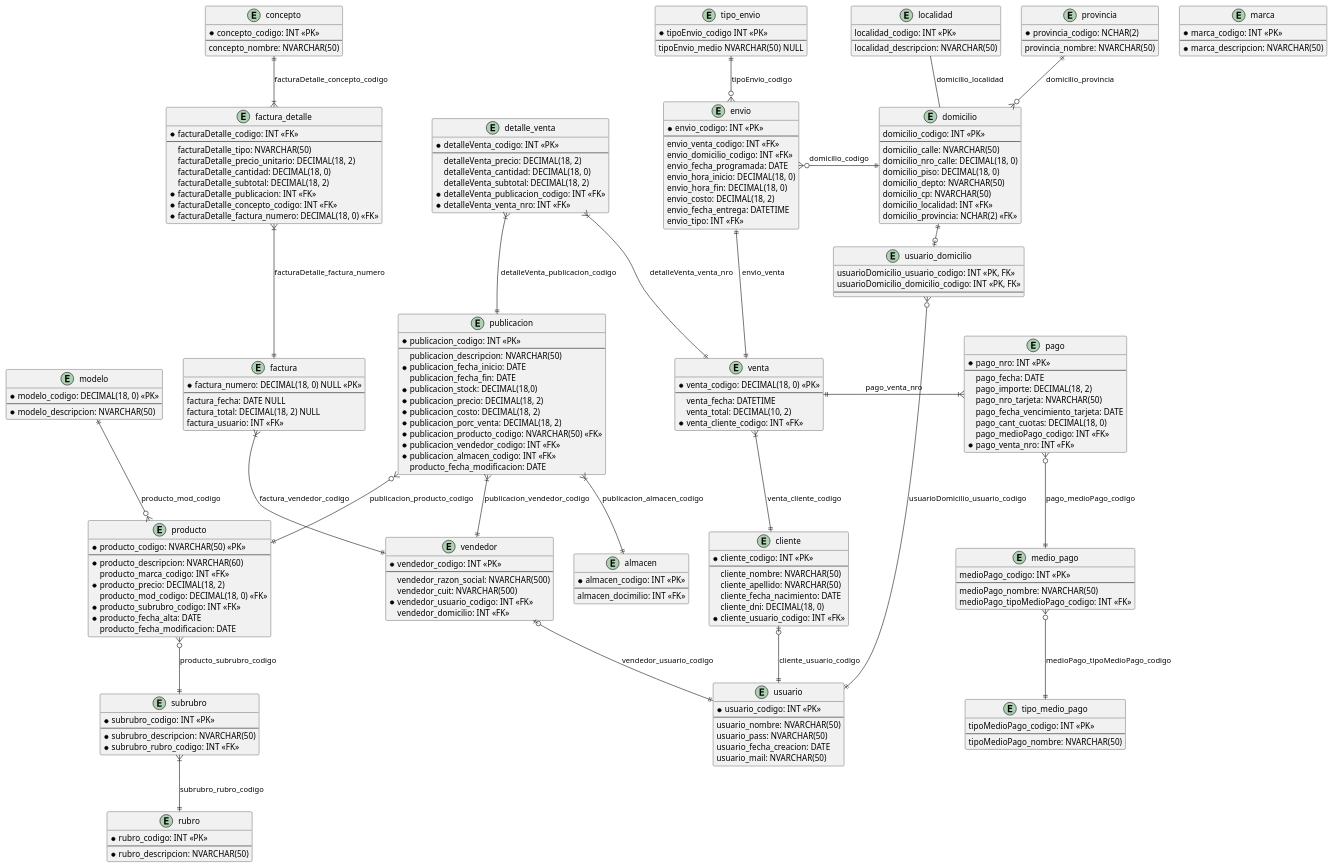
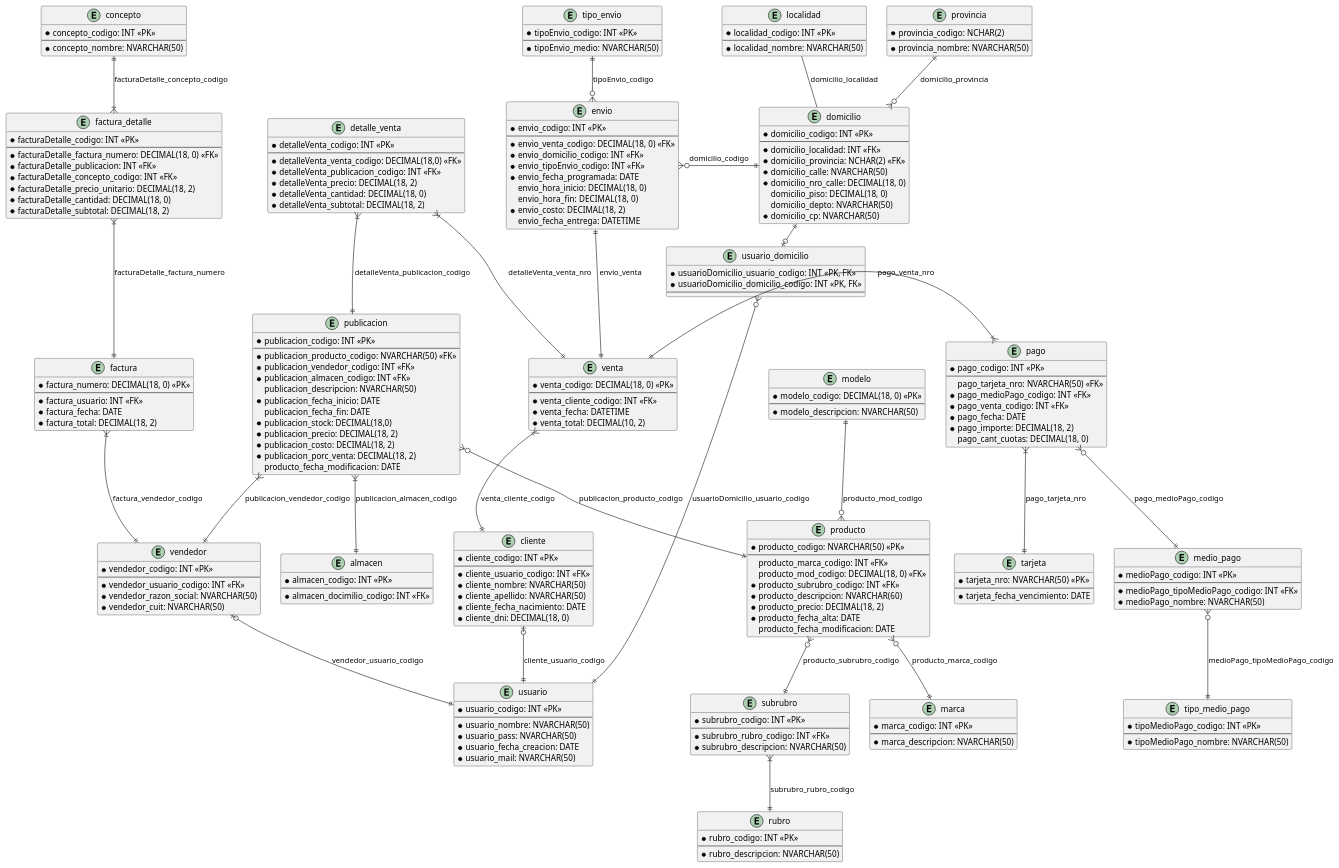
One commit to eitan-wajsberg/tp-gdd-2024-2C changed the diagram in diagramas/diagrama-entidad-relacion-inicial.puml. Above: the diagram before and after it, drawn with PlantUML.

Commit message:
diagrama: segunda iteración parte dos

```diff
--- a/diagramas/diagrama-entidad-relacion-inicial.puml
+++ b/diagramas/diagrama-entidad-relacion-inicial.puml
@@ -3,6 +3,9 @@
 entity "publicacion" {
   * publicacion_codigo: INT <<PK>>
   --
+    * publicacion_producto_codigo: NVARCHAR(50) <<FK>>
+    * publicacion_vendedor_codigo: INT <<FK>>
+    * publicacion_almacen_codigo: INT <<FK>>
     publicacion_descripcion: NVARCHAR(50)
     ' publicacion_fecha_alta: DATE | Preguntar!!!
     * publicacion_fecha_inicio: DATE
@@ -11,20 +14,17 @@
     * publicacion_precio: DECIMAL(18, 2)
     * publicacion_costo: DECIMAL(18, 2)
     * publicacion_porc_venta: DECIMAL(18, 2)
-    * publicacion_producto_codigo: NVARCHAR(50) <<FK>>
-    * publicacion_vendedor_codigo: INT <<FK>>
-    * publicacion_almacen_codigo: INT <<FK>>
     producto_fecha_modificacion: DATE
 }
 
 entity "producto" {
   * producto_codigo: NVARCHAR(50) <<PK>>
   --
-    * producto_descripcion: NVARCHAR(60)
     producto_marca_codigo: INT <<FK>>
-    * producto_precio: DECIMAL(18, 2)
     producto_mod_codigo: DECIMAL(18, 0) <<FK>>
     * producto_subrubro_codigo: INT <<FK>>
+    * producto_descripcion: NVARCHAR(60)
+    * producto_precio: DECIMAL(18, 2)
     * producto_fecha_alta: DATE
     producto_fecha_modificacion: DATE
 }
@@ -44,8 +44,8 @@
 entity "subrubro" {
   * subrubro_codigo: INT <<PK>>
   --
+    * subrubro_rubro_codigo: INT <<FK>>
     * subrubro_descripcion: NVARCHAR(50)
-    * subrubro_rubro_codigo: INT <<FK>>
 }
 
 entity "rubro" {
@@ -57,154 +57,159 @@
 entity "vendedor" {
   * vendedor_codigo: INT <<PK>>
   --
-    vendedor_razon_social: NVARCHAR(500)
-    vendedor_cuit: NVARCHAR(500)
     * vendedor_usuario_codigo: INT <<FK>>
-    vendedor_domicilio: INT <<FK>>  
+    * vendedor_razon_social: NVARCHAR(50) 
+    * vendedor_cuit: NVARCHAR(50)
 }
 
 entity "almacen" {
   * almacen_codigo: INT <<PK>>
   --
-    almacen_docimilio: INT <<FK>>
+    * almacen_docimilio_codigo: INT <<FK>>
 }
 
 entity "venta" {
   * venta_codigo: DECIMAL(18, 0) <<PK>>
   --
-    venta_fecha: DATETIME
-    venta_total: DECIMAL(10, 2)
     * venta_cliente_codigo: INT <<FK>>
+    * venta_fecha: DATETIME
+    * venta_total: DECIMAL(10, 2)
 }
 
 entity "detalle_venta" {
   * detalleVenta_codigo: INT <<PK>>
   --
-    detalleVenta_precio: DECIMAL(18, 2)
-    detalleVenta_cantidad: DECIMAL(18, 0)
-    detalleVenta_subtotal: DECIMAL(18, 2)
+    * detalleVenta_venta_codigo: DECIMAL(18,0) <<FK>>
     * detalleVenta_publicacion_codigo: INT <<FK>>
-    * detalleVenta_venta_nro: INT <<FK>>
+    * detalleVenta_precio: DECIMAL(18, 2)
+    * detalleVenta_cantidad: DECIMAL(18, 0)
+    * detalleVenta_subtotal: DECIMAL(18, 2)
 }
 
 entity "cliente" {
   * cliente_codigo: INT <<PK>>
   --
-    cliente_nombre: NVARCHAR(50)
-    cliente_apellido: NVARCHAR(50)
-    cliente_fecha_nacimiento: DATE
-    cliente_dni: DECIMAL(18, 0)
     * cliente_usuario_codigo: INT <<FK>> 
+    * cliente_nombre: NVARCHAR(50)
+    * cliente_apellido: NVARCHAR(50)
+    * cliente_fecha_nacimiento: DATE
+    * cliente_dni: DECIMAL(18, 0)
 }
 
 entity "pago" {
-  * pago_nro: INT <<PK>>
+  * pago_codigo: INT <<PK>>
   --
-    pago_fecha: DATE
-    pago_importe: DECIMAL(18, 2)
-    pago_nro_tarjeta: NVARCHAR(50)
-    pago_fecha_vencimiento_tarjeta: DATE
+    pago_tarjeta_nro: NVARCHAR(50) <<FK>>
+    * pago_medioPago_codigo: INT <<FK>>
+    * pago_venta_codigo: INT <<FK>>
+    * pago_fecha: DATE
+    * pago_importe: DECIMAL(18, 2)
     pago_cant_cuotas: DECIMAL(18, 0)
-    pago_medioPago_codigo: INT <<FK>>
-    * pago_venta_nro: INT <<FK>>
+    ' y para otros tipos de pago que no sean la tarjeta?
+}
+
+entity "tarjeta" {
+  * tarjeta_nro: NVARCHAR(50) <<PK>>
+  --
+    * tarjeta_fecha_vencimiento: DATE
 }
 
 entity "medio_pago" {
-  medioPago_codigo: INT <<PK>>
+  * medioPago_codigo: INT <<PK>>
   --
-    medioPago_nombre: NVARCHAR(50)
-    medioPago_tipoMedioPago_codigo: INT <<FK>>
+   * medioPago_tipoMedioPago_codigo: INT <<FK>>
+   * medioPago_nombre: NVARCHAR(50)
 }
 
 entity "tipo_medio_pago" {
-  tipoMedioPago_codigo: INT <<PK>>
+  * tipoMedioPago_codigo: INT <<PK>>
   --
-    tipoMedioPago_nombre: NVARCHAR(50)
+    * tipoMedioPago_nombre: NVARCHAR(50)
 }
 
 entity "usuario" {
   * usuario_codigo: INT <<PK>>
   --
-    usuario_nombre: NVARCHAR(50)
-    usuario_pass: NVARCHAR(50)
-    usuario_fecha_creacion: DATE
-    usuario_mail: NVARCHAR(50)
+    * usuario_nombre: NVARCHAR(50)
+    * usuario_pass: NVARCHAR(50)
+    * usuario_fecha_creacion: DATE
+    * usuario_mail: NVARCHAR(50)
+    ' Un usuario puede tener mas de un mail?
 }
 
 entity "domicilio" {
-  domicilio_codigo: INT <<PK>>
+  * domicilio_codigo: INT <<PK>>
   --
-    domicilio_calle: NVARCHAR(50)
-    domicilio_nro_calle: DECIMAL(18, 0)
+    * domicilio_localidad: INT <<FK>>
+    * domicilio_provincia: NCHAR(2) <<FK>>
+    * domicilio_calle: NVARCHAR(50)
+    * domicilio_nro_calle: DECIMAL(18, 0)
     domicilio_piso: DECIMAL(18, 0)
     domicilio_depto: NVARCHAR(50)
-    domicilio_cp: NVARCHAR(50)
-    domicilio_localidad: INT <<FK>>
-    domicilio_provincia: NCHAR(2) <<FK>>
+    * domicilio_cp: NVARCHAR(50)
 }
 
 entity "usuario_domicilio" {
-  usuarioDomicilio_usuario_codigo: INT <<PK, FK>>
-  usuarioDomicilio_domicilio_codigo: INT <<PK, FK>>
+  * usuarioDomicilio_usuario_codigo: INT <<PK, FK>>
+  * usuarioDomicilio_domicilio_codigo: INT <<PK, FK>>
   --
 }
 
 entity "localidad" {
-  localidad_codigo: INT <<PK>>
+  * localidad_codigo: INT <<PK>>
   --
-    localidad_descripcion: NVARCHAR(50) 
+    * localidad_nombre: NVARCHAR(50) 
 }
 
 entity "provincia"{
   * provincia_codigo: NCHAR(2)
   --
-    provincia_nombre: NVARCHAR(50)
+    * provincia_nombre: NVARCHAR(50)
 }
 
 entity "envio" {
   * envio_codigo: INT <<PK>>
   --
-   envio_venta_codigo: INT <<FK>>
-   envio_domicilio_codigo: INT <<FK>>
-   envio_fecha_programada: DATE
+   * envio_venta_codigo: DECIMAL(18, 0) <<FK>>
+   * envio_domicilio_codigo: INT <<FK>>
+   * envio_tipoEnvio_codigo: INT <<FK>>
+   * envio_fecha_programada: DATE
    envio_hora_inicio: DECIMAL(18, 0)
    envio_hora_fin:  DECIMAL(18, 0)
-   envio_costo: DECIMAL(18, 2)
+   * envio_costo: DECIMAL(18, 2)
    envio_fecha_entrega: DATETIME
-   envio_tipo: INT <<FK>>
+   ' estado?
 }
 
 entity "tipo_envio" {
-  * tipoEnvio_codigo INT <<PK>>
+  * tipoEnvio_codigo: INT <<PK>>
   --
-    tipoEnvio_medio NVARCHAR(50) NULL
+    * tipoEnvio_medio: NVARCHAR(50)
 }
 
 entity "factura" {
-  * factura_numero: DECIMAL(18, 0) NULL <<PK>>
+  * factura_numero: DECIMAL(18, 0) <<PK>>
   --
-    factura_fecha: DATE NULL
-    factura_total: DECIMAL(18, 2) NULL
-    factura_usuario: INT <<FK>> 
+    * factura_usuario: INT <<FK>> 
+    * factura_fecha: DATE
+    * factura_total: DECIMAL(18, 2)
 }
 
 entity "factura_detalle" {
-  * facturaDetalle_codigo: INT <<FK>>
+  * facturaDetalle_codigo: INT <<PK>>
   --
-    facturaDetalle_tipo: NVARCHAR(50) 
-    facturaDetalle_precio_unitario: DECIMAL(18, 2)
-    facturaDetalle_cantidad: DECIMAL(18, 0)
-    facturaDetalle_subtotal: DECIMAL(18, 2)
+    * facturaDetalle_factura_numero: DECIMAL(18, 0) <<FK>>
     * facturaDetalle_publicacion: INT <<FK>> 
     * facturaDetalle_concepto_codigo: INT <<FK>>
-    * facturaDetalle_factura_numero: DECIMAL(18, 0) <<FK>>
-    'TODO: una factura puede tener una publicación o varias? si es una, movemos la publicación a factura
+    * facturaDetalle_precio_unitario: DECIMAL(18, 2)
+    * facturaDetalle_cantidad: DECIMAL(18, 0)
+    * facturaDetalle_subtotal: DECIMAL(18, 2)
 }
 
 entity "concepto" {
   * concepto_codigo: INT <<PK>>
   --
-    concepto_nombre: NVARCHAR(50)
+    * concepto_nombre: NVARCHAR(50)
 }
 
 concepto ||--|{ factura_detalle: "facturaDetalle_concepto_codigo"
@@ -212,6 +217,7 @@
 
 publicacion }o--|| producto : "publicacion_producto_codigo"
 producto }o--|| subrubro : "producto_subrubro_codigo"
+producto }o--|| marca : "producto_marca_codigo"
 subrubro }|--|| rubro : "subrubro_rubro_codigo"
 
 publicacion }|--|| vendedor : "publicacion_vendedor_codigo"
@@ -239,5 +245,6 @@
 
 pago }o--|| medio_pago : "pago_medioPago_codigo"
 medio_pago }o--|| tipo_medio_pago : "medioPago_tipoMedioPago_codigo"
+pago }|--|| tarjeta: "pago_tarjeta_nro"
 
 @enduml
```
